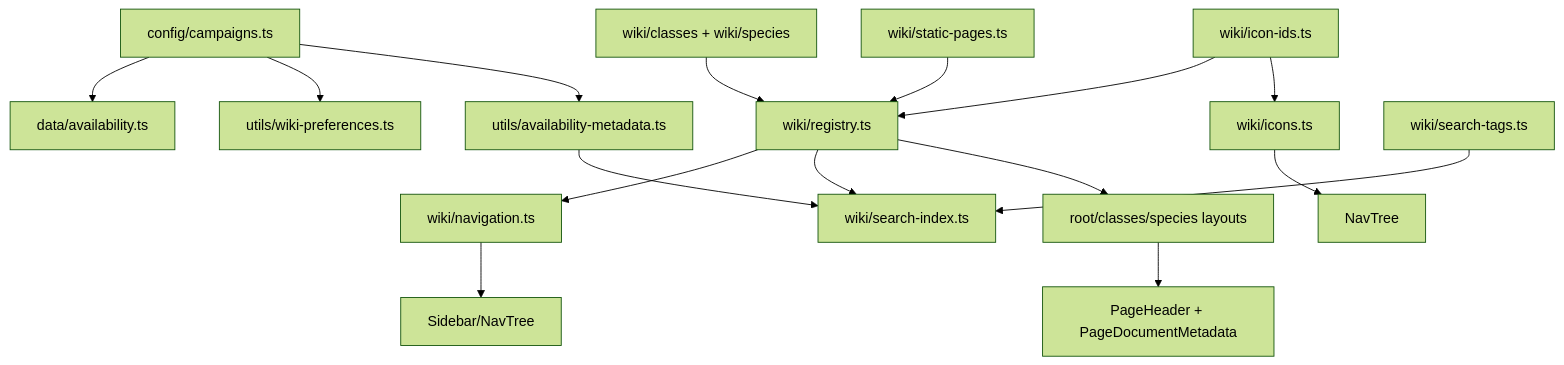
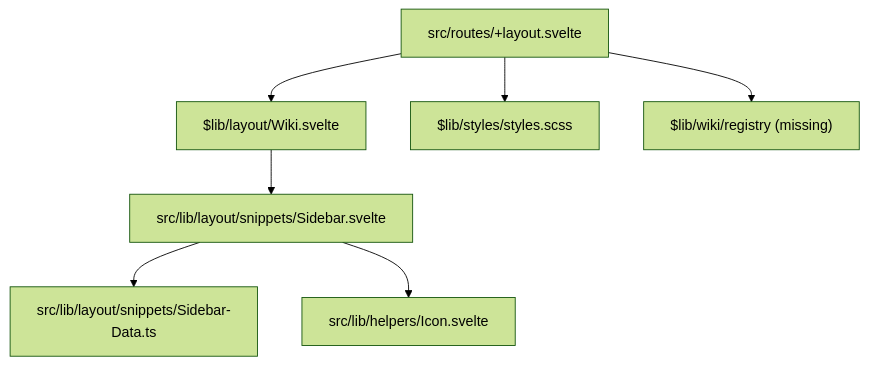
One commit to toon-van-berkel/dnd-wiki changed the first of 8 diagrams in docs/architecture-audit/dependency-map.md. Above: the diagram before and after it, drawn with Mermaid (forest theme). The commit also changed other lines of this file and 200 other files, not shown here.

````diff
--- a/docs/architecture-audit/dependency-map.md
+++ b/docs/architecture-audit/dependency-map.md
@@ -7,18 +5,9 @@
 ```mermaid
 flowchart TD
-  campaign["config/campaigns.ts"] --> availability["data/availability.ts"]
-  campaign --> preferences["utils/wiki-preferences.ts"]
-  campaign --> availabilityMeta["utils/availability-metadata.ts"]
-  classSpecies["wiki/classes + wiki/species"] --> registry["wiki/registry.ts"]
-  staticPages["wiki/static-pages.ts"] --> registry
-  iconIds["wiki/icon-ids.ts"] --> registry
-  iconIds --> icons["wiki/icons.ts"]
-  registry --> navigation["wiki/navigation.ts"]
-  registry --> searchIndex["wiki/search-index.ts"]
-  searchTags["wiki/search-tags.ts"] --> searchIndex
-  availabilityMeta --> searchIndex
-  navigation --> sidebar["Sidebar/NavTree"]
-  icons --> navTree["NavTree"]
-  registry --> layouts["root/classes/species layouts"]
-  layouts --> pageHeader["PageHeader + PageDocumentMetadata"]
+  A["src/routes/+layout.svelte"] --> B["$lib/layout/Wiki.svelte"]
+  A --> C["$lib/styles/styles.scss"]
+  A --> D["$lib/wiki/registry (missing)"]
+  B --> E["src/lib/layout/snippets/Sidebar.svelte"]
+  E --> F["src/lib/layout/snippets/Sidebar-Data.ts"]
+  E --> G["src/lib/helpers/Icon.svelte"]
 ```
````
